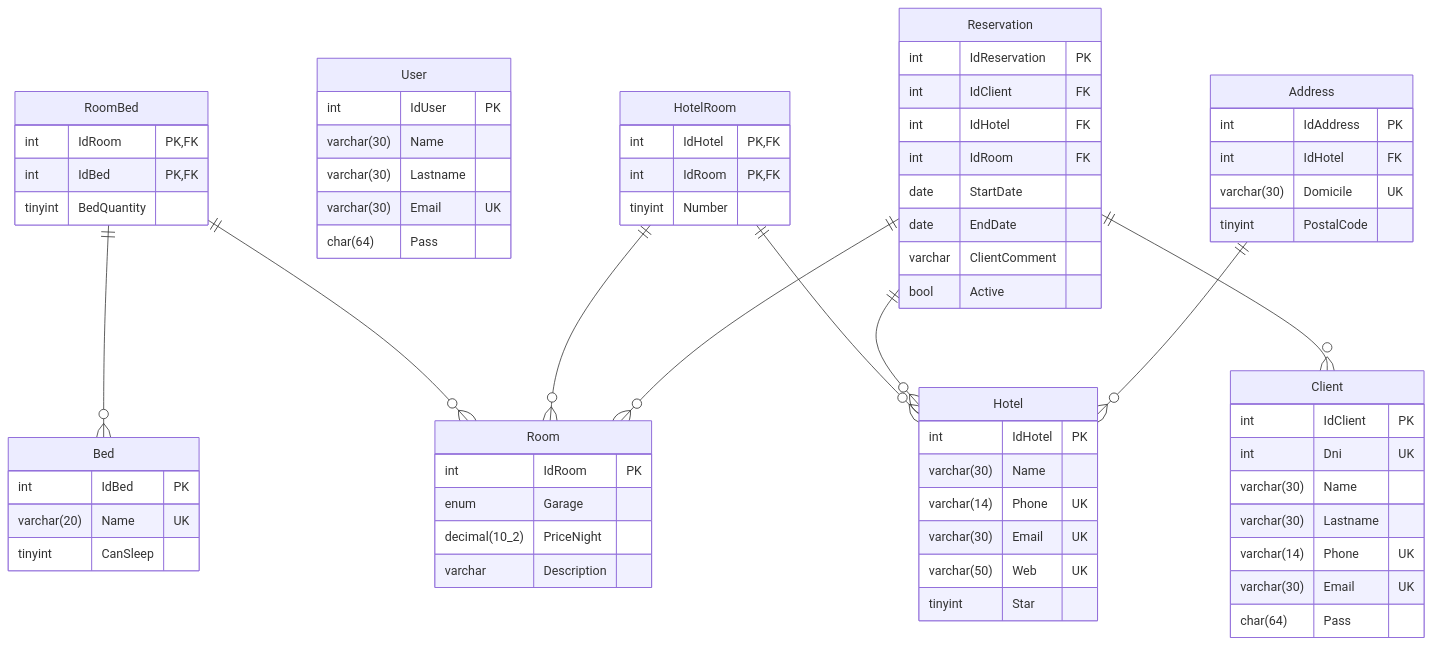
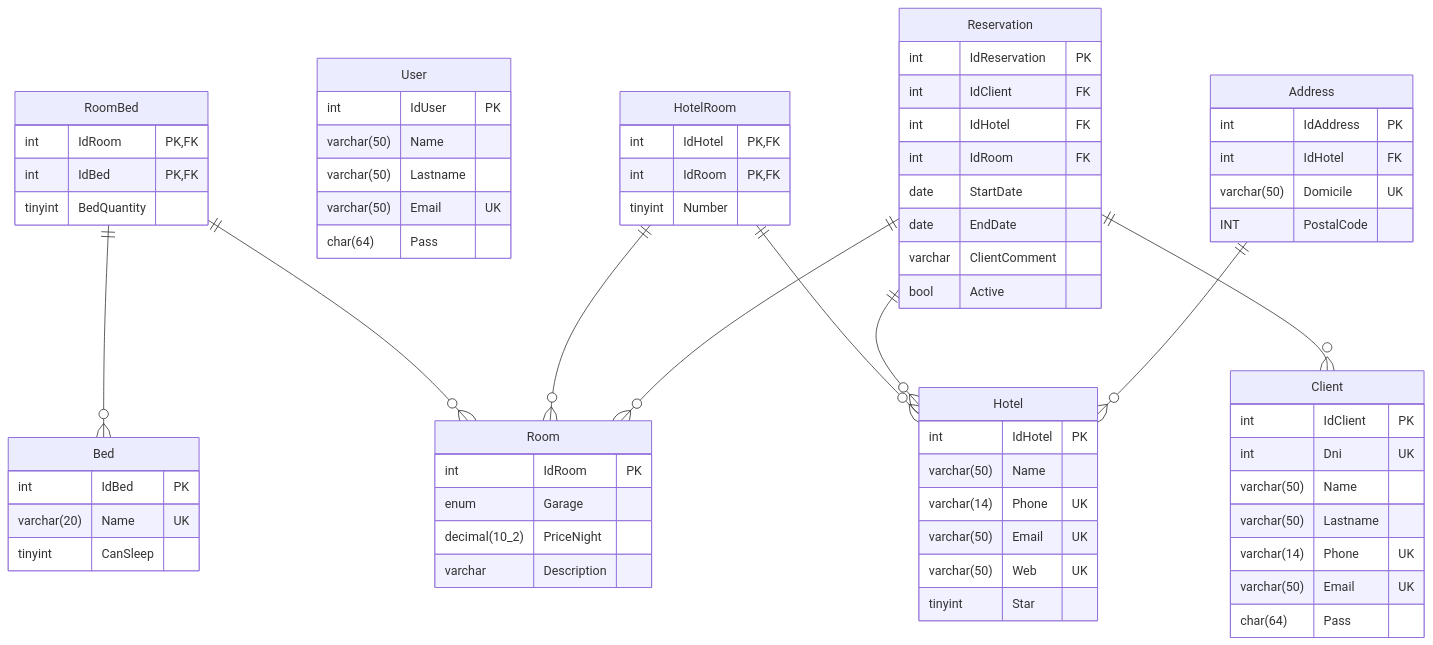
Before and after one commit to Ramon-Ariel-ET12/HospedApp: the diagram in MySQL/DER.md, drawn with Mermaid.

Commit message:
Cambio de nombre y correciones
La mayoria de los varchar eran (30) ahora son varchar(50)

```diff
--- a/MySQL/DER.md
+++ b/MySQL/DER.md
@@ -15,9 +15,9 @@
 
 User{
     int IdUser PK
-    varchar(30) Name 
-    varchar(30) Lastname 
-    varchar(30) Email UK
+    varchar(50) Name 
+    varchar(50) Lastname 
+    varchar(50) Email UK
     char(64) Pass
 }
 
@@ -37,18 +37,18 @@
 Client{
     int IdClient PK
     int Dni UK
-    varchar(30) Name
-    varchar(30) Lastname
+    varchar(50) Name
+    varchar(50) Lastname
     varchar(14) Phone UK
-    varchar(30) Email UK
+    varchar(50) Email UK
     char(64) Pass
 }
 
 Hotel{
     int IdHotel PK
-    varchar(30) Name
+    varchar(50) Name
     varchar(14) Phone UK
-    varchar(30) Email UK
+    varchar(50) Email UK
     varchar(50) Web UK
     tinyint Star
 }
@@ -62,8 +62,8 @@
 Address{
     int IdAddress PK
     int IdHotel FK
-    varchar(30) Domicile UK
-    tinyint PostalCode 
+    varchar(50) Domicile UK
+    INT PostalCode 
 }
 
 HotelRoom{
```
